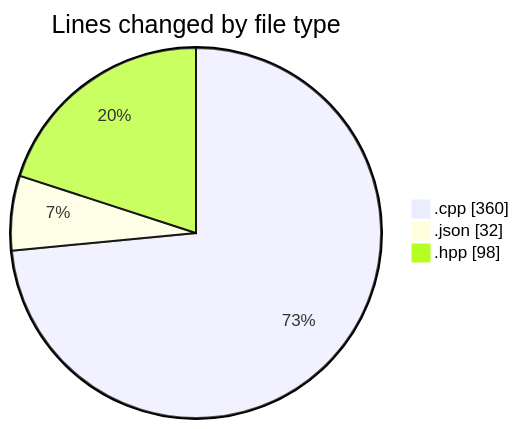
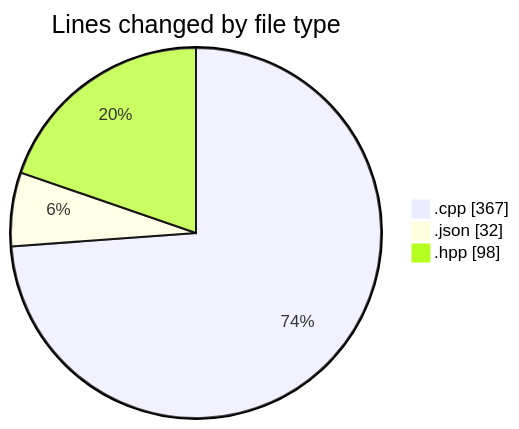
Before and after one commit to Netris89/code-tracking: the first of 2 diagrams in 2025-04-23/echo/README.md, drawn with Mermaid. The commit also changed other lines of this file and 1 other file, not shown here.

````diff
--- a/2025-04-23/echo/README.md
+++ b/2025-04-23/echo/README.md
@@ -22,7 +22,7 @@
 ```mermaid
 pie showData
 title Lines changed by file type
-".cpp" : 360
+".cpp" : 367
 ".json" : 32
 ".hpp" : 98
 ```
````
